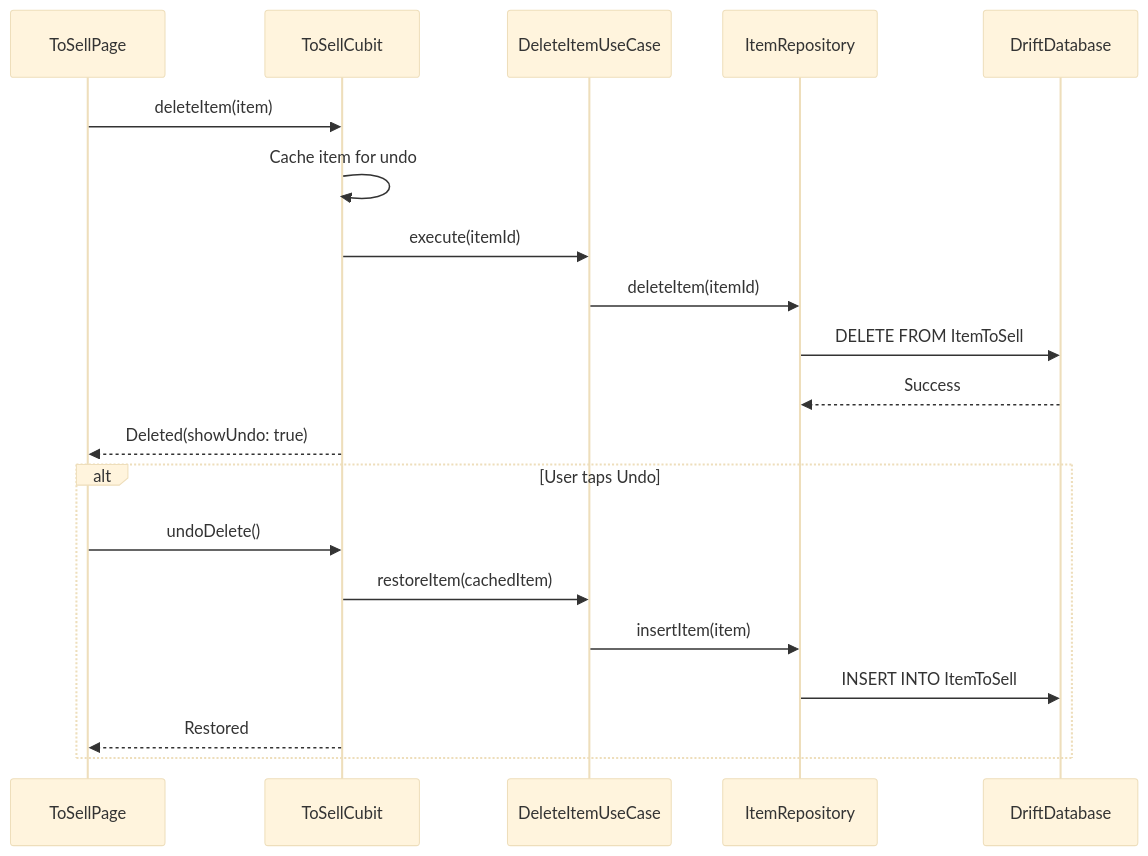
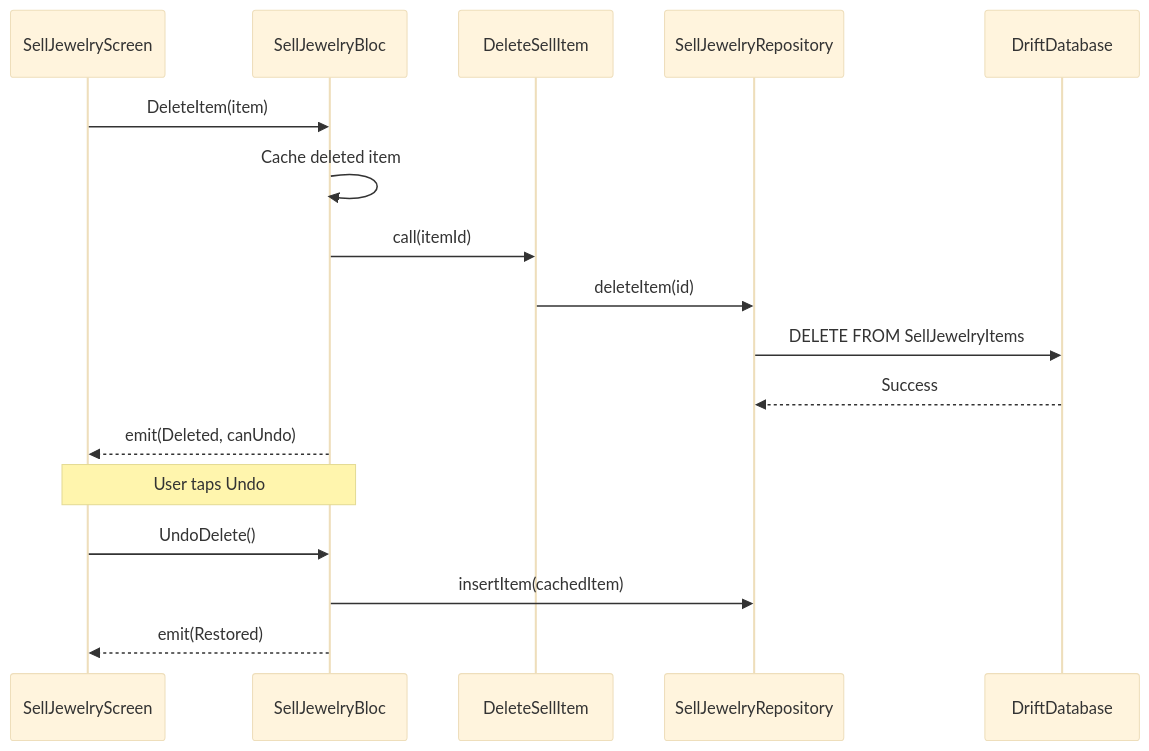
Before and after one commit to tuyen123khac/clean-architecture-todo-app: the third of 4 diagrams in README.md, drawn with Mermaid (base theme). The commit also changed other lines of this file, not shown here.

````diff
--- a/README.md
+++ b/README.md
@@ -181,24 +175,21 @@
 ```mermaid
 sequenceDiagram
-    participant UI as ToSellPage
-    participant C as ToSellCubit
-    participant UC as DeleteItemUseCase
-    participant R as ItemRepository
+    participant UI as SellJewelryScreen
+    participant Bloc as SellJewelryBloc
+    participant UC as DeleteSellItem
+    participant Repo as SellJewelryRepository
     participant DB as DriftDatabase
 
-    UI->>C: deleteItem(item)
-    C->>C: Cache item for undo
-    C->>UC: execute(itemId)
-    UC->>R: deleteItem(itemId)
-    R->>DB: DELETE FROM ItemToSell
-    DB-->>R: Success
-    C-->>UI: Deleted(showUndo: true)
+    UI->>Bloc: DeleteItem(item)
+    Bloc->>Bloc: Cache deleted item
+    Bloc->>UC: call(itemId)
+    UC->>Repo: deleteItem(id)
+    Repo->>DB: DELETE FROM SellJewelryItems
+    DB-->>Repo: Success
+    Bloc-->>UI: emit(Deleted, canUndo)
 
-    alt User taps Undo
-        UI->>C: undoDelete()
-        C->>UC: restoreItem(cachedItem)
-        UC->>R: insertItem(item)
-        R->>DB: INSERT INTO ItemToSell
-        C-->>UI: Restored
-    end
+    Note over UI,Bloc: User taps Undo
+    UI->>Bloc: UndoDelete()
+    Bloc->>Repo: insertItem(cachedItem)
+    Bloc-->>UI: emit(Restored)
 ```
````
